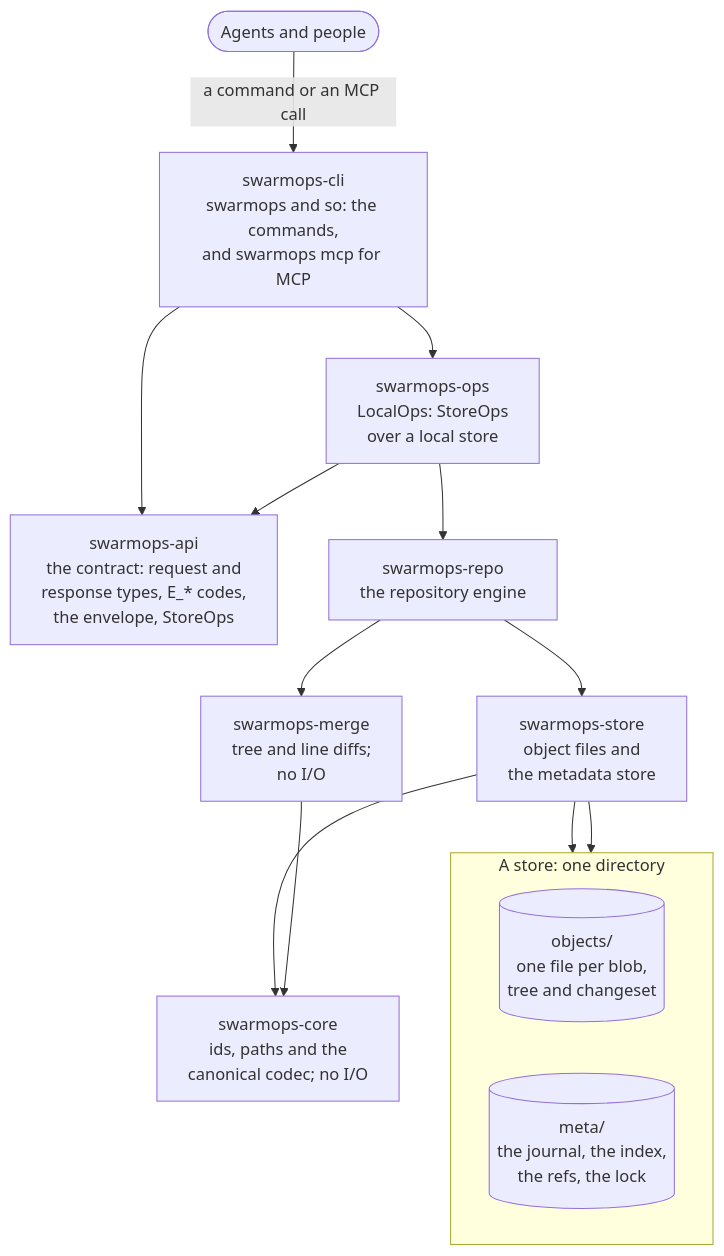
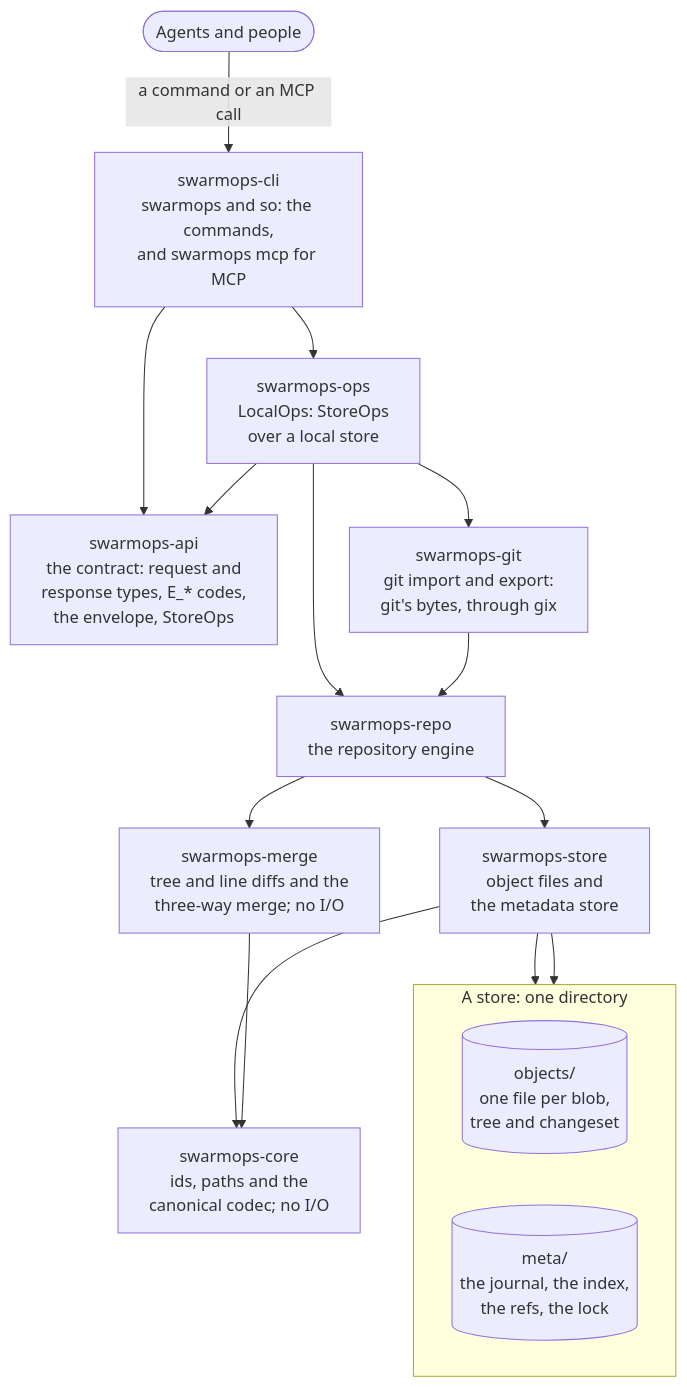
The diagram in README.md (KeiaiLab/SwarmOps), drawn with Mermaid before and after one commit. The commit also changed other lines of this file and 4 other files, not shown here.

````diff
--- a/README.md
+++ b/README.md
@@ -115,27 +116,30 @@
 ```mermaid
 flowchart TB
   user(["Agents and people"])
   cli["swarmops-cli<br/>swarmops and so: the commands,<br/>and swarmops mcp for MCP"]
   api["swarmops-api<br/>the contract: request and<br/>response types, E_* codes,<br/>the envelope, StoreOps"]
   ops["swarmops-ops<br/>LocalOps: StoreOps<br/>over a local store"]
+  git["swarmops-git<br/>git import and export:<br/>git's bytes, through gix"]
   repo["swarmops-repo<br/>the repository engine"]
   store["swarmops-store<br/>object files and<br/>the metadata store"]
-  merge["swarmops-merge<br/>tree and line diffs;<br/>no I/O"]
+  merge["swarmops-merge<br/>tree and line diffs and the<br/>three-way merge; no I/O"]
   core["swarmops-core<br/>ids, paths and the<br/>canonical codec; no I/O"]
   subgraph disk["A store: one directory"]
     direction LR
     objects[("objects/<br/>one file per blob,<br/>tree and changeset")]
     meta[("meta/<br/>the journal, the index,<br/>the refs, the lock")]
   end
   user -- "a command or an MCP call" --> cli
   cli --> ops
   cli --> api
   ops --> api
   ops --> repo
+  ops --> git
+  git --> repo
   repo --> store
   repo --> merge
   store --> core
   merge --> core
   store --> objects
   store --> meta
 ```
````
